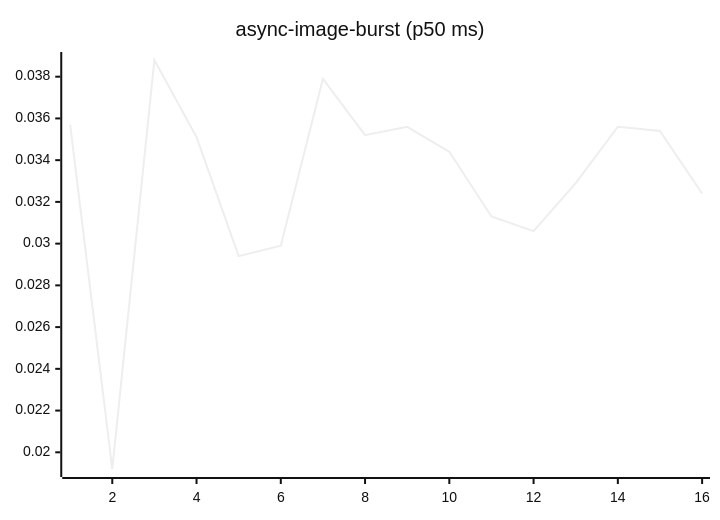
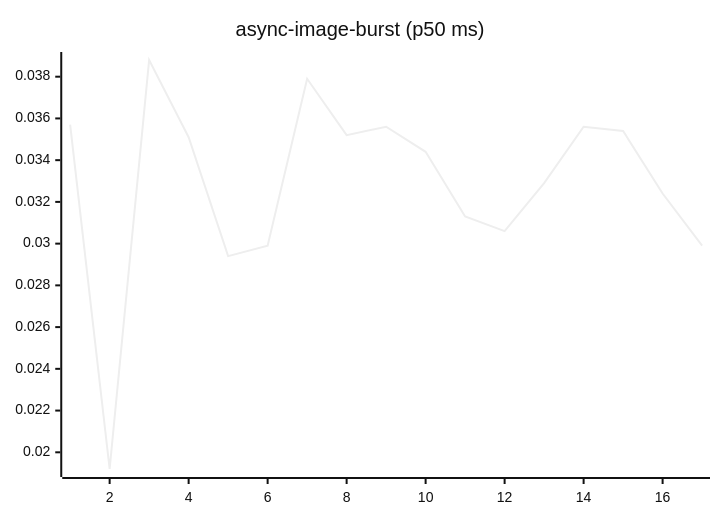
One commit to josha/Facet changed the fourth of 27 diagrams in README.md. Above: the diagram before and after it, drawn with Mermaid (neutral theme). The commit also changed other lines of this file and 2 other files, not shown here.

````diff
--- a/README.md
+++ b/README.md
@@ -84,6 +84,6 @@
 ```mermaid
 xychart-beta
     title "async-image-burst (p50 ms)"
-    x-axis 1 --> 16
-    line [0.0357, 0.0192, 0.0388, 0.0351, 0.0294, 0.0299, 0.0379, 0.0352, 0.0356, 0.0344, 0.0313, 0.0306, 0.0329, 0.0356, 0.0354, 0.0324]
+    x-axis 1 --> 17
+    line [0.0357, 0.0192, 0.0388, 0.0351, 0.0294, 0.0299, 0.0379, 0.0352, 0.0356, 0.0344, 0.0313, 0.0306, 0.0329, 0.0356, 0.0354, 0.0324, 0.0299]
 ```
````
